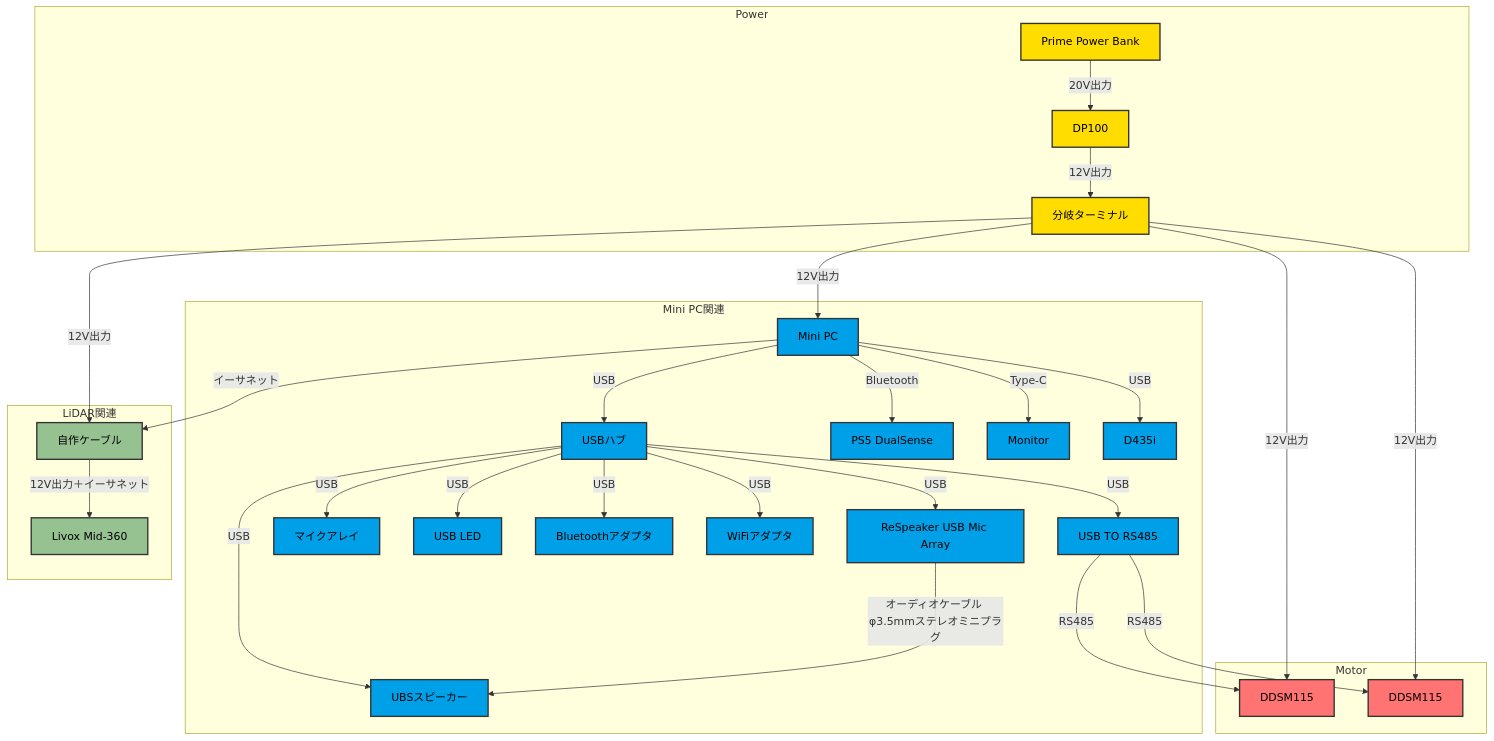
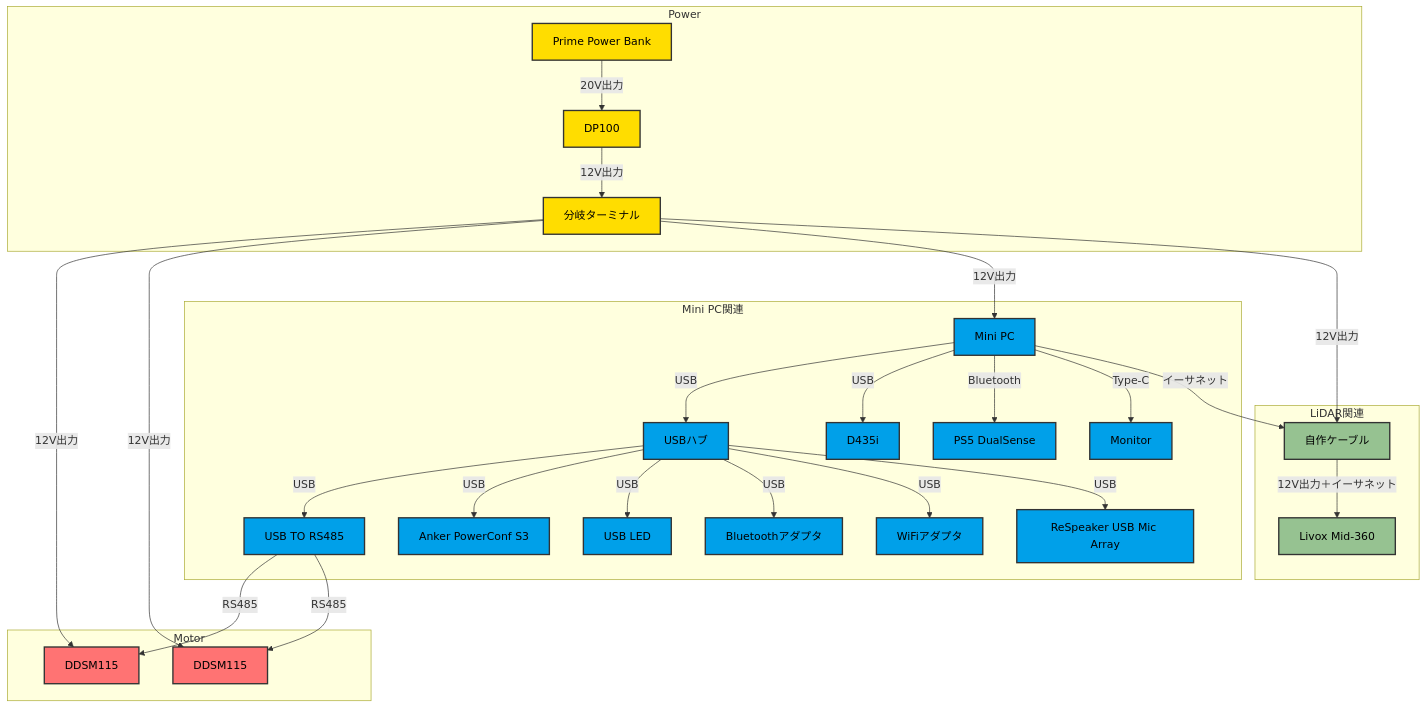
One commit to sato-susumu/susumu_robo changed the diagram in README.md. Above: the diagram before and after it, drawn with Mermaid. The commit also changed other lines of this file, not shown here.

Commit message:
Update README.md to replace ReSpeaker USB Mic Array with Anker PowerConf S3

````diff
--- a/README.md
+++ b/README.md
@@ -65,76 +64,73 @@
 ```mermaid
 flowchart TB
     %% 電源供給ライン
     subgraph Power["Power"]
         A[Prime Power Bank]
         B[DP100]
         C[分岐ターミナル]
     end
 
     subgraph Motor["Motor"]
         D[DDSM115]
         E[DDSM115]
     end
 
     subgraph MiniPC["Mini PC関連"]
         F[Mini PC]
         K[USBハブ]
         H[USB TO RS485]
         L[PS5 DualSense]
         I[Monitor]
-        M[マイクアレイ]
-        N[UBSスピーカー]
+        M[Anker PowerConf S3]
         O[USB LED]
         P[Bluetoothアダプタ]
         Q[WiFiアダプタ]
         R[D435i]
         S[ReSpeaker USB Mic Array]
     end
 
     subgraph LiDAR["LiDAR関連"]
         G[Livox Mid-360]
         J[自作ケーブル]
     end
 
     %% 電源供給ライン
     A -->|20V出力| B
     B -->|12V出力| C
     C -->|12V出力| D
     C -->|12V出力| E
     C -->|12V出力| F
     C -->|12V出力| J
 
     %% Mini PCとの接続
     F -->|USB| K
     F -->|USB| R
     H -->|RS485| D
     H -->|RS485| E
     F -->|Bluetooth| L
     F -->|Type-C| I
     F -->|イーサネット| J
 
     %% USB Hubとの接続
     K -->|USB| H
     K -->|USB| M
-    K -->|USB| N
     K -->|USB| O
     K -->|USB| P
     K -->|USB| Q
     K -->|USB| S
 
     %% その他
-    S -->|オーディオケーブル φ3.5mmステレオミニプラグ | N
     J -->|12V出力＋イーサネット| G
 
     %% クラス定義 (色分け)
     classDef power fill:#FFDD00,stroke:#333,stroke-width:2px,color:#000;     
     classDef motor fill:#FF7373,stroke:#333,stroke-width:2px,color:#000;     
     classDef miniPC fill:#00A0E9,stroke:#333,stroke-width:2px,color:#000;   
     classDef lidar fill:#96C291,stroke:#333,stroke-width:2px,color:#000;     
 
     %% クラス適用
     class A,B,C power;
     class D,E motor;
-    class F,K,H,L,I,M,N,O,P,Q,R,S miniPC;
+    class F,K,H,L,I,M,O,P,Q,R,S miniPC;
     class G,J lidar;
 ```
````
